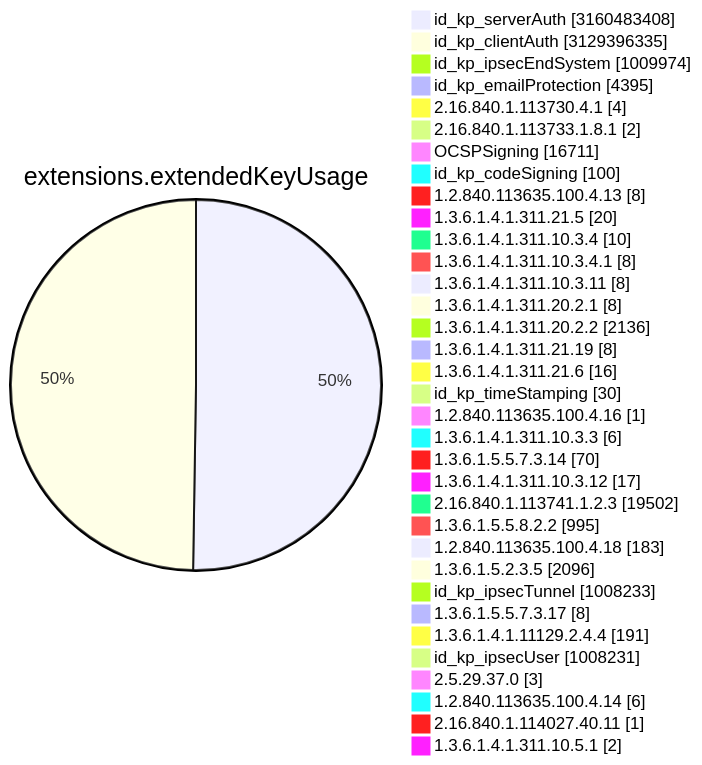
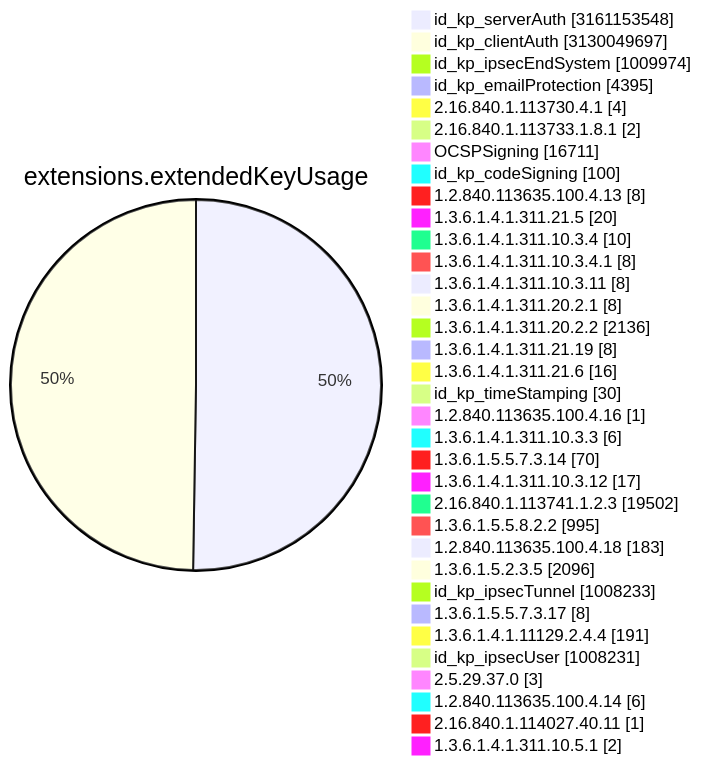
One commit to christiankrug/ctmonitor_visualization changed diagram 11 of 15 in TOTAL/README.md. Above: the diagram before and after it, drawn with Mermaid. The commit also changed other lines of this file, not shown here.

````diff
--- a/TOTAL/README.md
+++ b/TOTAL/README.md
@@ -4119,38 +4119,38 @@
 ```mermaid
 pie showData
 title extensions.extendedKeyUsage
-"id_kp_serverAuth" :3160483408
-"id_kp_clientAuth" :3129396335
+"id_kp_serverAuth" :3161153548
+"id_kp_clientAuth" :3130049697
 "id_kp_ipsecEndSystem" :1009974
 "id_kp_emailProtection" :4395
 "2.16.840.1.113730.4.1" :4
 "2.16.840.1.113733.1.8.1" :2
 "OCSPSigning" :16711
 "id_kp_codeSigning" :100
 "1.2.840.113635.100.4.13" :8
 "1.3.6.1.4.1.311.21.5" :20
 "1.3.6.1.4.1.311.10.3.4" :10
 "1.3.6.1.4.1.311.10.3.4.1" :8
 "1.3.6.1.4.1.311.10.3.11" :8
 "1.3.6.1.4.1.311.20.2.1" :8
 "1.3.6.1.4.1.311.20.2.2" :2136
 "1.3.6.1.4.1.311.21.19" :8
 "1.3.6.1.4.1.311.21.6" :16
 "id_kp_timeStamping" :30
 "1.2.840.113635.100.4.16" :1
 "1.3.6.1.4.1.311.10.3.3" :6
 "1.3.6.1.5.5.7.3.14" :70
 "1.3.6.1.4.1.311.10.3.12" :17
 "2.16.840.1.113741.1.2.3" :19502
 "1.3.6.1.5.5.8.2.2" :995
 "1.2.840.113635.100.4.18" :183
 "1.3.6.1.5.2.3.5" :2096
 "id_kp_ipsecTunnel" :1008233
 "1.3.6.1.5.5.7.3.17" :8
 "1.3.6.1.4.1.11129.2.4.4" :191
 "id_kp_ipsecUser" :1008231
 "2.5.29.37.0" :3
 "1.2.840.113635.100.4.14" :6
 "2.16.840.1.114027.40.11" :1
 "1.3.6.1.4.1.311.10.5.1" :2
 ```
````
